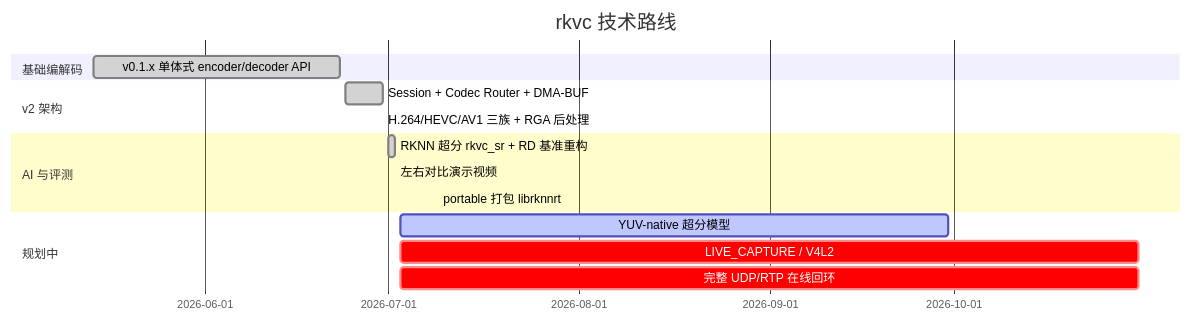
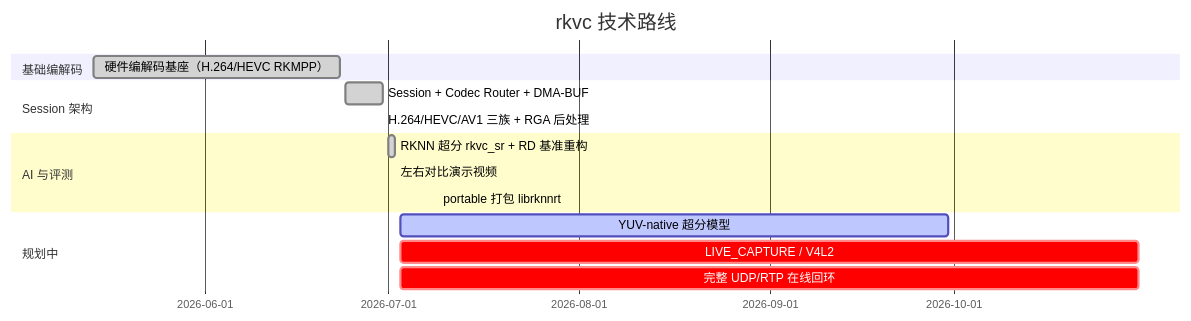
One commit to Puiching-Memory/rockchip-video-codec changed the diagram in docs/delivery.md. Above: the diagram before and after it, drawn with Mermaid. The commit also changed other lines of this file and 32 other files, not shown here.

````diff
--- a/docs/delivery.md
+++ b/docs/delivery.md
@@ -47,18 +48,18 @@
 ```mermaid
 gantt
     title rkvc 技术路线
     dateFormat YYYY-MM-DD
     section 基础编解码
-    v0.1.x 单体式 encoder/decoder API     :done, v01, 2026-05-14, 2026-06-23
-  section v2 架构
+    硬件编解码基座（H.264/HEVC RKMPP）    :done, v01, 2026-05-14, 2026-06-23
+  section Session 架构
     Session + Codec Router + DMA-BUF      :done, v20, 2026-06-24, 2026-06-30
     H.264/HEVC/AV1 三族 + RGA 后处理      :done, v20b, 2026-06-30, 2026-06-30
   section AI 与评测
     RKNN 超分 rkvc_sr + RD 基准重构       :done, v21, 2026-07-01, 2026-07-02
     左右对比演示视频                      :done, v21b, 2026-07-02, 2026-07-02
     portable 打包 librknnrt               :done, v22, 2026-07-09, 2026-07-09
   section 规划中
     YUV-native 超分模型                   :active, yuv, 2026-07-03, 2026-09-30
     LIVE_CAPTURE / V4L2                   :crit, v4l2, 2026-07-03, 2026-10-31
     完整 UDP/RTP 在线回环                 :crit, net, 2026-07-03, 2026-10-31
 ```
````
